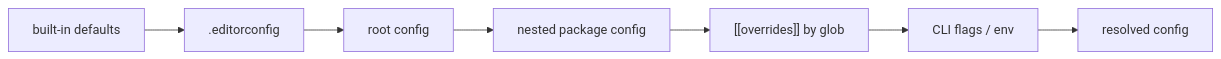
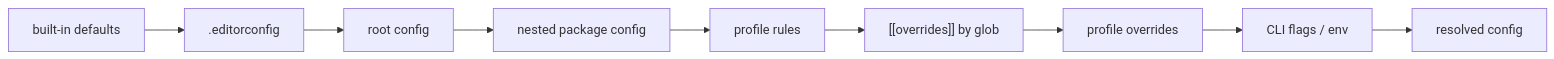
One commit to arpitarya/codelaw changed the diagram in records/0110_config.md. Above: the diagram before and after it, drawn with Mermaid. The commit also changed other lines of this file and 38 other files, not shown here.

````diff
--- a/records/0110_config.md
+++ b/records/0110_config.md
@@ -47,9 +56,11 @@
 ```mermaid
 flowchart LR
     D["built-in defaults"] --> E[".editorconfig"]
     E --> R["root config"]
     R --> N["nested package config"]
-    N --> O["[[overrides]] by glob"]
-    O --> FL["CLI flags / env"]
+    N --> PR["profile rules"]
+    PR --> O["[[overrides]] by glob"]
+    O --> PO["profile overrides"]
+    PO --> FL["CLI flags / env"]
     FL --> V["resolved config"]
 ```
````
